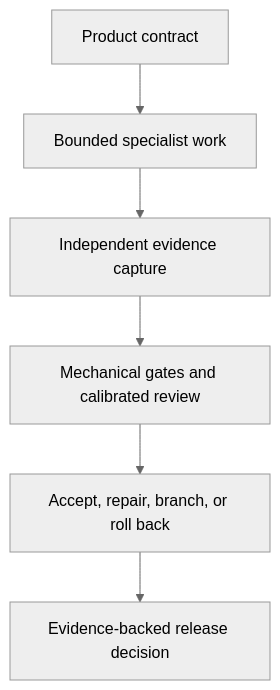
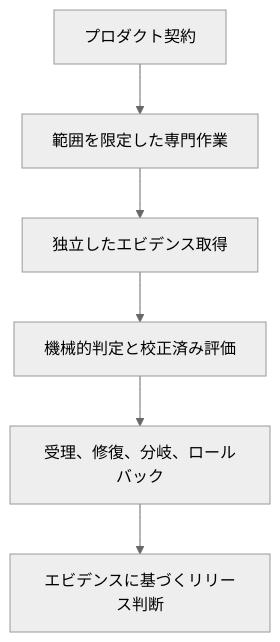
The diagram in README.ja.md (Emily2040/-threejs-evidence-graph), drawn with Mermaid (neutral theme) before and after one commit. The commit also changed other lines of this file and 19 other files, not shown here.

````diff
--- a/README.ja.md
+++ b/README.ja.md
@@ -31,8 +31,8 @@
 ```mermaid
 flowchart TD
-    A["Product contract"] --> B["Bounded specialist work"]
-    B --> C["Independent evidence capture"]
-    C --> D["Mechanical gates and calibrated review"]
-    D --> E["Accept, repair, branch, or roll back"]
-    E --> F["Evidence-backed release decision"]
+    A["プロダクト契約"] --> B["範囲を限定した専門作業"]
+    B --> C["独立したエビデンス取得"]
+    C --> D["機械的判定と校正済み評価"]
+    D --> E["受理、修復、分岐、ロールバック"]
+    E --> F["エビデンスに基づくリリース判断"]
 ```
````
